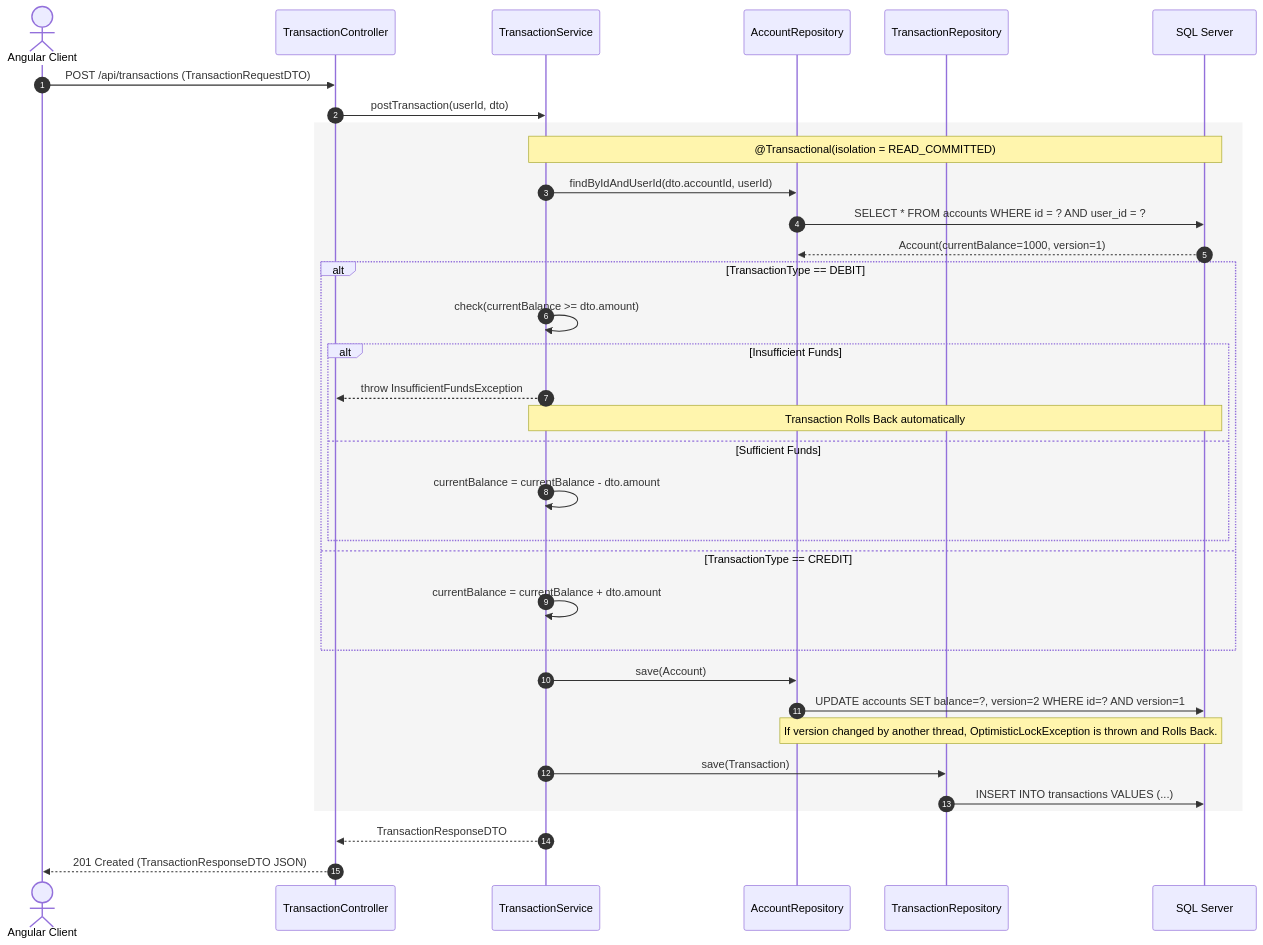
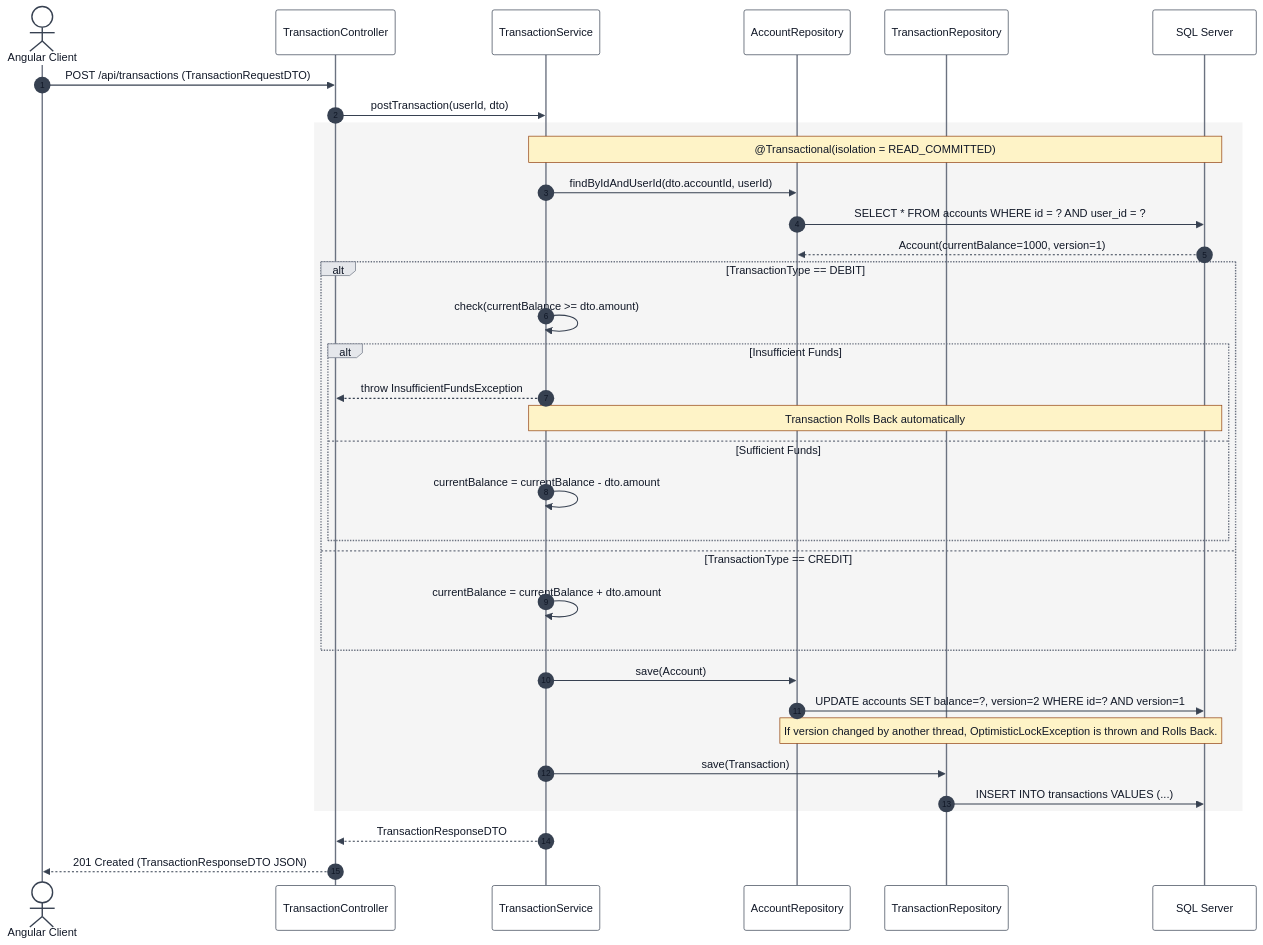
The fourth of 7 diagrams in README.md (beingankur0073/Money-Manager), drawn with Mermaid before and after one commit. The commit also changed other lines of this file and 35 other files, not shown here.

````diff
--- a/README.md
+++ b/README.md
@@ -1295,42 +1298,43 @@
 ```mermaid
+%%{init: {"theme": "base", "themeVariables": {"textColor": "#111827", "actorBkg": "#ffffff", "actorBorder": "#374151", "actorTextColor": "#111827", "actorLineColor": "#6b7280", "signalColor": "#374151", "signalTextColor": "#111827", "labelBoxBkgColor": "#e5e7eb", "labelBoxBorderColor": "#6b7280", "labelTextColor": "#111827", "loopTextColor": "#111827", "noteBkgColor": "#fef3c7", "noteBorderColor": "#92400e", "noteTextColor": "#111827", "activationBkgColor": "#dbeafe", "activationBorderColor": "#1d4ed8", "sequenceNumberColor": "#111827"}}}%%
 sequenceDiagram
     autonumber
     actor SPA as Angular Client
     participant Ctrl as TransactionController
     participant Svc as TransactionService
     participant AR as AccountRepository
     participant TR as TransactionRepository
     participant DB as SQL Server
 
     SPA->>Ctrl: POST /api/transactions (TransactionRequestDTO)
     Ctrl->>Svc: postTransaction(userId, dto)
     
     rect rgb(245, 245, 245)
     Note over Svc,DB: @Transactional(isolation = READ_COMMITTED)
     Svc->>AR: findByIdAndUserId(dto.accountId, userId)
     AR->>DB: SELECT * FROM accounts WHERE id = ? AND user_id = ?
     DB-->>AR: Account(currentBalance=1000, version=1)
     
     alt TransactionType == DEBIT
         Svc->>Svc: check(currentBalance >= dto.amount)
         alt Insufficient Funds
             Svc-->>Ctrl: throw InsufficientFundsException
             Note over Svc,DB: Transaction Rolls Back automatically
         else Sufficient Funds
             Svc->>Svc: currentBalance = currentBalance - dto.amount
         end
     else TransactionType == CREDIT
         Svc->>Svc: currentBalance = currentBalance + dto.amount
     end
 
     Svc->>AR: save(Account)
     AR->>DB: UPDATE accounts SET balance=?, version=2 WHERE id=? AND version=1
     Note over AR,DB: If version changed by another thread, OptimisticLockException is thrown and Rolls Back.
 
     Svc->>TR: save(Transaction)
     TR->>DB: INSERT INTO transactions VALUES (...)
     end
 
     Svc-->>Ctrl: TransactionResponseDTO
     Ctrl-->>SPA: 201 Created (TransactionResponseDTO JSON)
 ```
````
